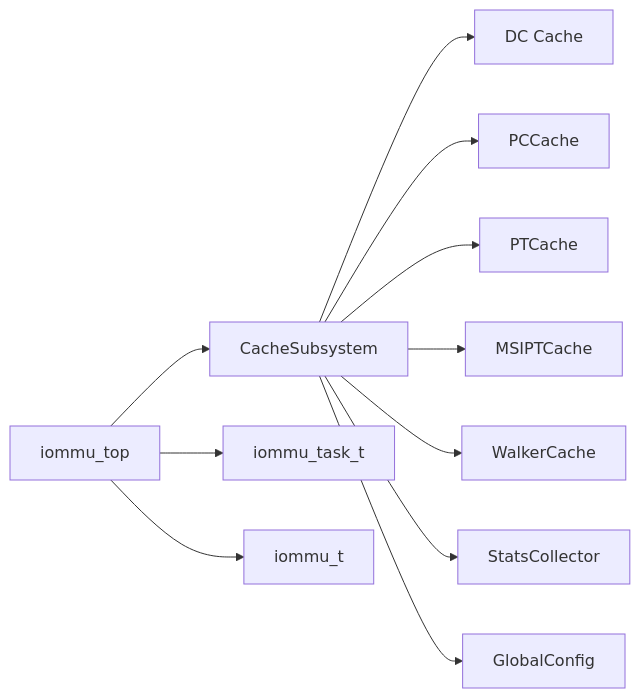
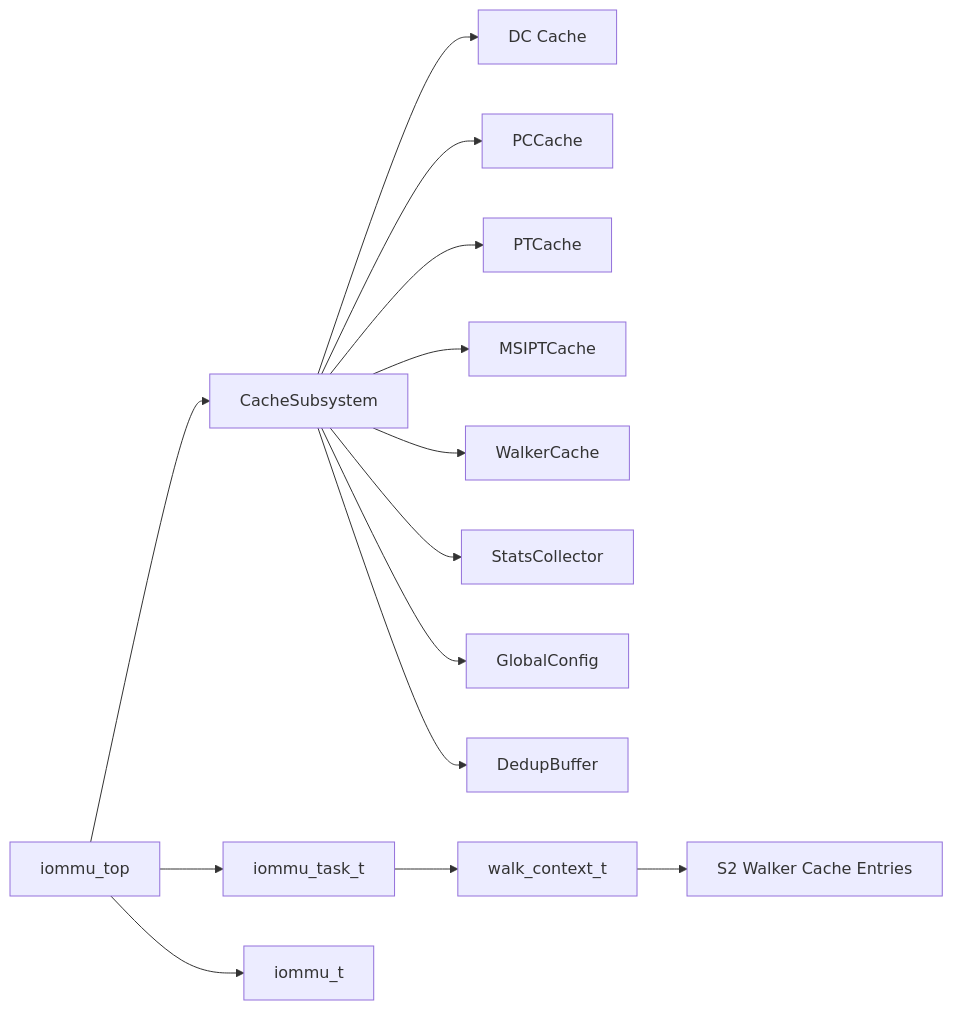
Before and after one commit to jiangjiang1122/iommu_model_20260401_v1: the fifth of 5 diagrams in .qoder/repowiki/zh/content/核心架构/顶层模块设计.md, drawn with Mermaid. The commit also changed other lines of this file and 21 other files, not shown here.

````diff
--- a/.qoder/repowiki/zh/content/核心架构/顶层模块设计.md
+++ b/.qoder/repowiki/zh/content/核心架构/顶层模块设计.md
@@ -330,13 +400,16 @@
 ```mermaid
 graph LR
 TOP[iommu_top] --> CS[CacheSubsystem]
 TOP --> TASK[iommu_task_t]
 TOP --> IOMMU[iommu_t]
 CS --> DC[DC Cache]
 CS --> PC[PCCache]
 CS --> PT[PTCache]
 CS --> MSIPT[MSIPTCache]
 CS --> WK[WalkerCache]
 CS --> STATS[StatsCollector]
 CS --> CFG[GlobalConfig]
+CS --> DEDUP[DedupBuffer]
+TASK --> WALKCTX[walk_context_t]
+WALKCTX --> S2CACHE[S2 Walker Cache Entries]
 ```
````
